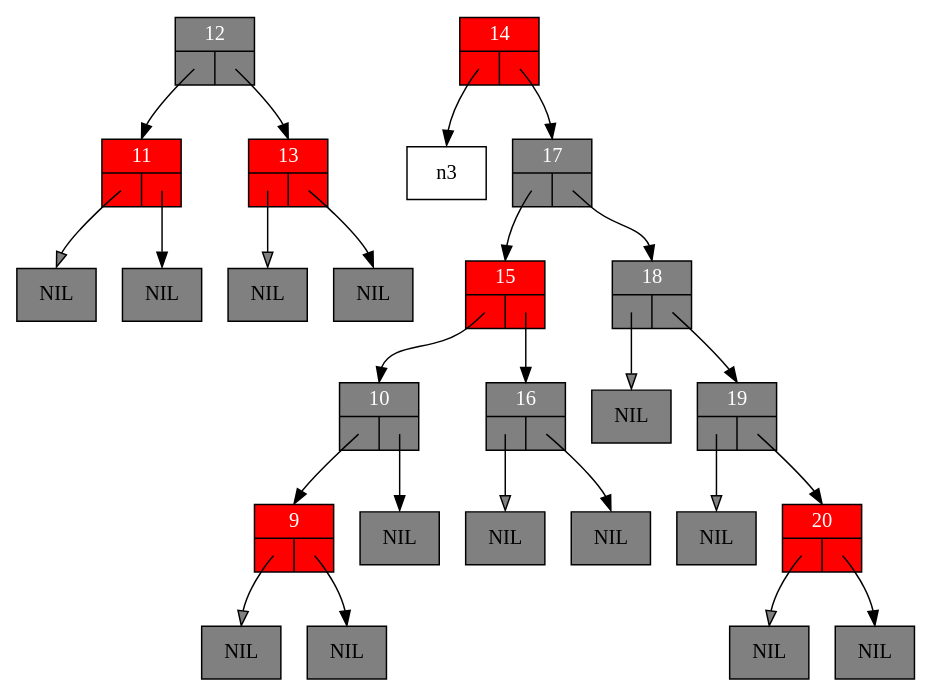
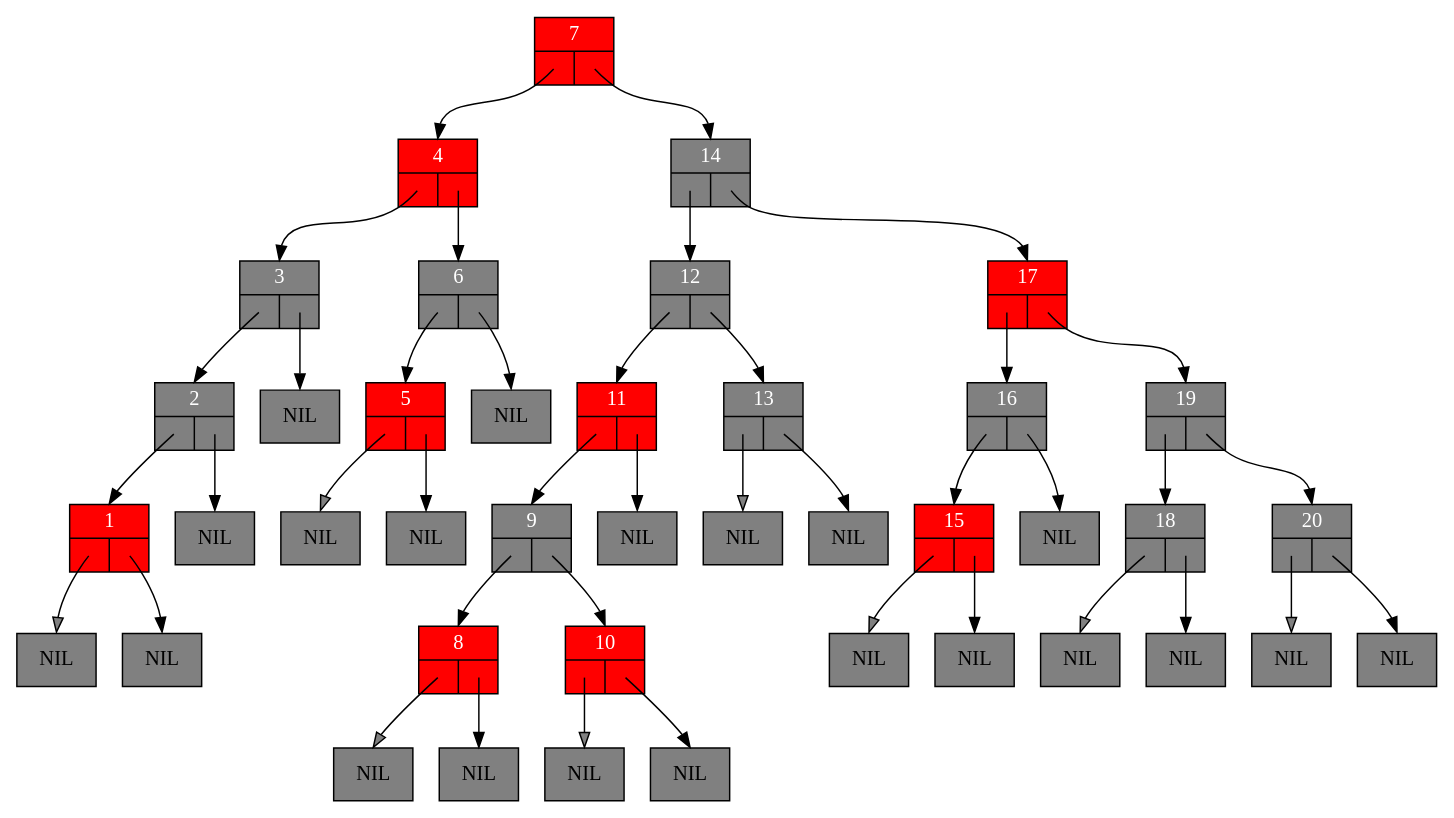
The diagram in Algo3/base_code_lab6/Code/redblacktree_0.dot (NOTuglyduckling/C), drawn with Graphviz before and after one commit. The commit also changed 5 other files, not shown here.

```diff
--- a/Algo3/base_code_lab6/Code/redblacktree_0.dot
+++ b/Algo3/base_code_lab6/Code/redblacktree_0.dot
@@ -1,55 +1,87 @@
 digraph RedBlackTree {
 	graph [ranksep=0.5];
 	node [shape = record];
 
+	n1 [style=filled, fillcolor=red, fontcolor=white, label="{1|{<left>|<right>}}"];
+	lnil1 [style=filled, fillcolor=grey, label="NIL"];
+	n1:left:c -> lnil1:n [fillcolor=grey, headclip=false, tailclip=false]
+	rnil1 [style=filled, fillcolor=grey, label="NIL"];
+	n1:right:c -> rnil1:n [headclip=false, tailclip=false]
+	n2 [style=filled, fillcolor=grey, fontcolor=white, label="{2|{<left>|<right>}}"];
+	n2:left:c -> n1:n [headclip=false, tailclip=false]
+	rnil2 [style=filled, fillcolor=grey, label="NIL"];
+	n2:right:c -> rnil2:n [headclip=false, tailclip=false]
+	n3 [style=filled, fillcolor=grey, fontcolor=white, label="{3|{<left>|<right>}}"];
+	n3:left:c -> n2:n [headclip=false, tailclip=false]
+	rnil3 [style=filled, fillcolor=grey, label="NIL"];
+	n3:right:c -> rnil3:n [headclip=false, tailclip=false]
+	n4 [style=filled, fillcolor=red, fontcolor=white, label="{4|{<left>|<right>}}"];
+	n4:left:c -> n3:n [headclip=false, tailclip=false]
+	n4:right:c -> n6:n [headclip=false, tailclip=false]
+	n5 [style=filled, fillcolor=red, fontcolor=white, label="{5|{<left>|<right>}}"];
+	lnil5 [style=filled, fillcolor=grey, label="NIL"];
+	n5:left:c -> lnil5:n [fillcolor=grey, headclip=false, tailclip=false]
+	rnil5 [style=filled, fillcolor=grey, label="NIL"];
+	n5:right:c -> rnil5:n [headclip=false, tailclip=false]
+	n6 [style=filled, fillcolor=grey, fontcolor=white, label="{6|{<left>|<right>}}"];
+	n6:left:c -> n5:n [headclip=false, tailclip=false]
+	rnil6 [style=filled, fillcolor=grey, label="NIL"];
+	n6:right:c -> rnil6:n [headclip=false, tailclip=false]
+	n7 [style=filled, fillcolor=red, fontcolor=white, label="{7|{<left>|<right>}}"];
+	n7:left:c -> n4:n [headclip=false, tailclip=false]
+	n7:right:c -> n14:n [headclip=false, tailclip=false]
+	n8 [style=filled, fillcolor=red, fontcolor=white, label="{8|{<left>|<right>}}"];
+	lnil8 [style=filled, fillcolor=grey, label="NIL"];
+	n8:left:c -> lnil8:n [fillcolor=grey, headclip=false, tailclip=false]
+	rnil8 [style=filled, fillcolor=grey, label="NIL"];
+	n8:right:c -> rnil8:n [headclip=false, tailclip=false]
+	n9 [style=filled, fillcolor=grey, fontcolor=white, label="{9|{<left>|<right>}}"];
+	n9:left:c -> n8:n [headclip=false, tailclip=false]
+	n9:right:c -> n10:n [headclip=false, tailclip=false]
+	n10 [style=filled, fillcolor=red, fontcolor=white, label="{10|{<left>|<right>}}"];
+	lnil10 [style=filled, fillcolor=grey, label="NIL"];
+	n10:left:c -> lnil10:n [fillcolor=grey, headclip=false, tailclip=false]
+	rnil10 [style=filled, fillcolor=grey, label="NIL"];
+	n10:right:c -> rnil10:n [headclip=false, tailclip=false]
 	n11 [style=filled, fillcolor=red, fontcolor=white, label="{11|{<left>|<right>}}"];
-	lnil11 [style=filled, fillcolor=grey, label="NIL"];
-	n11:left:c -> lnil11:n [fillcolor=grey, headclip=false, tailclip=false]
+	n11:left:c -> n9:n [headclip=false, tailclip=false]
 	rnil11 [style=filled, fillcolor=grey, label="NIL"];
 	n11:right:c -> rnil11:n [headclip=false, tailclip=false]
 	n12 [style=filled, fillcolor=grey, fontcolor=white, label="{12|{<left>|<right>}}"];
 	n12:left:c -> n11:n [headclip=false, tailclip=false]
 	n12:right:c -> n13:n [headclip=false, tailclip=false]
-	n13 [style=filled, fillcolor=red, fontcolor=white, label="{13|{<left>|<right>}}"];
+	n13 [style=filled, fillcolor=grey, fontcolor=white, label="{13|{<left>|<right>}}"];
 	lnil13 [style=filled, fillcolor=grey, label="NIL"];
 	n13:left:c -> lnil13:n [fillcolor=grey, headclip=false, tailclip=false]
 	rnil13 [style=filled, fillcolor=grey, label="NIL"];
 	n13:right:c -> rnil13:n [headclip=false, tailclip=false]
-	n14 [style=filled, fillcolor=red, fontcolor=white, label="{14|{<left>|<right>}}"];
-	n14:left:c -> n3:n [headclip=false, tailclip=false]
+	n14 [style=filled, fillcolor=grey, fontcolor=white, label="{14|{<left>|<right>}}"];
+	n14:left:c -> n12:n [headclip=false, tailclip=false]
 	n14:right:c -> n17:n [headclip=false, tailclip=false]
-	n9 [style=filled, fillcolor=red, fontcolor=white, label="{9|{<left>|<right>}}"];
-	lnil9 [style=filled, fillcolor=grey, label="NIL"];
-	n9:left:c -> lnil9:n [fillcolor=grey, headclip=false, tailclip=false]
-	rnil9 [style=filled, fillcolor=grey, label="NIL"];
-	n9:right:c -> rnil9:n [headclip=false, tailclip=false]
-	n10 [style=filled, fillcolor=grey, fontcolor=white, label="{10|{<left>|<right>}}"];
-	n10:left:c -> n9:n [headclip=false, tailclip=false]
-	rnil10 [style=filled, fillcolor=grey, label="NIL"];
-	n10:right:c -> rnil10:n [headclip=false, tailclip=false]
 	n15 [style=filled, fillcolor=red, fontcolor=white, label="{15|{<left>|<right>}}"];
-	n15:left:c -> n10:n [headclip=false, tailclip=false]
-	n15:right:c -> n16:n [headclip=false, tailclip=false]
+	lnil15 [style=filled, fillcolor=grey, label="NIL"];
+	n15:left:c -> lnil15:n [fillcolor=grey, headclip=false, tailclip=false]
+	rnil15 [style=filled, fillcolor=grey, label="NIL"];
+	n15:right:c -> rnil15:n [headclip=false, tailclip=false]
 	n16 [style=filled, fillcolor=grey, fontcolor=white, label="{16|{<left>|<right>}}"];
-	lnil16 [style=filled, fillcolor=grey, label="NIL"];
-	n16:left:c -> lnil16:n [fillcolor=grey, headclip=false, tailclip=false]
+	n16:left:c -> n15:n [headclip=false, tailclip=false]
 	rnil16 [style=filled, fillcolor=grey, label="NIL"];
 	n16:right:c -> rnil16:n [headclip=false, tailclip=false]
-	n17 [style=filled, fillcolor=grey, fontcolor=white, label="{17|{<left>|<right>}}"];
-	n17:left:c -> n15:n [headclip=false, tailclip=false]
-	n17:right:c -> n18:n [headclip=false, tailclip=false]
+	n17 [style=filled, fillcolor=red, fontcolor=white, label="{17|{<left>|<right>}}"];
+	n17:left:c -> n16:n [headclip=false, tailclip=false]
+	n17:right:c -> n19:n [headclip=false, tailclip=false]
 	n18 [style=filled, fillcolor=grey, fontcolor=white, label="{18|{<left>|<right>}}"];
 	lnil18 [style=filled, fillcolor=grey, label="NIL"];
 	n18:left:c -> lnil18:n [fillcolor=grey, headclip=false, tailclip=false]
-	n18:right:c -> n19:n [headclip=false, tailclip=false]
+	rnil18 [style=filled, fillcolor=grey, label="NIL"];
+	n18:right:c -> rnil18:n [headclip=false, tailclip=false]
 	n19 [style=filled, fillcolor=grey, fontcolor=white, label="{19|{<left>|<right>}}"];
-	lnil19 [style=filled, fillcolor=grey, label="NIL"];
-	n19:left:c -> lnil19:n [fillcolor=grey, headclip=false, tailclip=false]
+	n19:left:c -> n18:n [headclip=false, tailclip=false]
 	n19:right:c -> n20:n [headclip=false, tailclip=false]
-	n20 [style=filled, fillcolor=red, fontcolor=white, label="{20|{<left>|<right>}}"];
+	n20 [style=filled, fillcolor=grey, fontcolor=white, label="{20|{<left>|<right>}}"];
 	lnil20 [style=filled, fillcolor=grey, label="NIL"];
 	n20:left:c -> lnil20:n [fillcolor=grey, headclip=false, tailclip=false]
 	rnil20 [style=filled, fillcolor=grey, label="NIL"];
 	n20:right:c -> rnil20:n [headclip=false, tailclip=false]
 
 }
```
